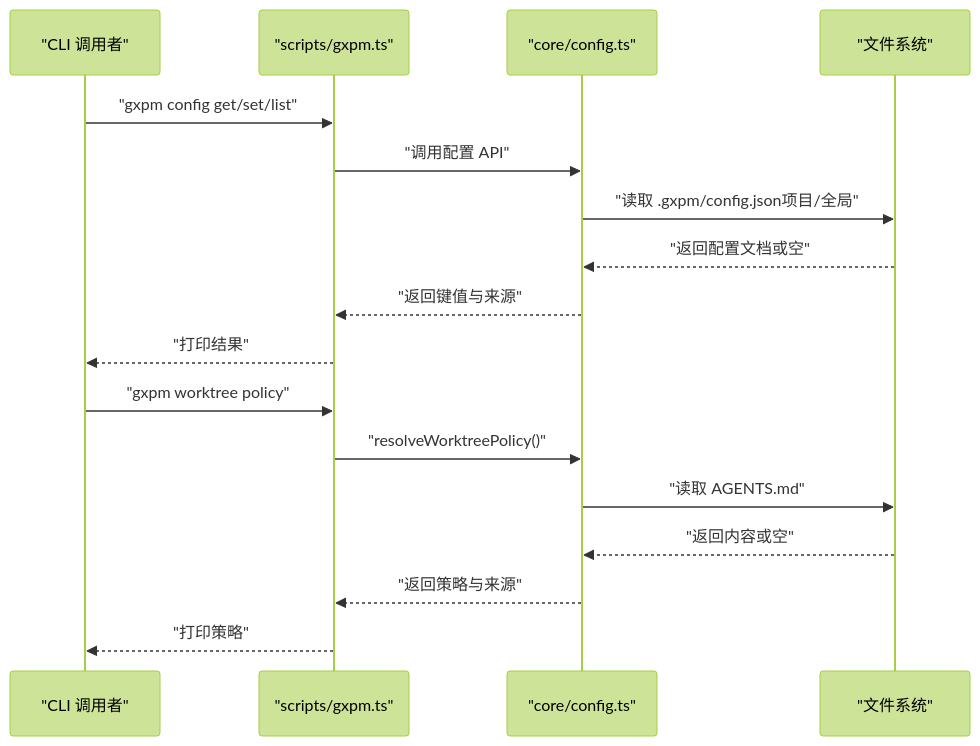
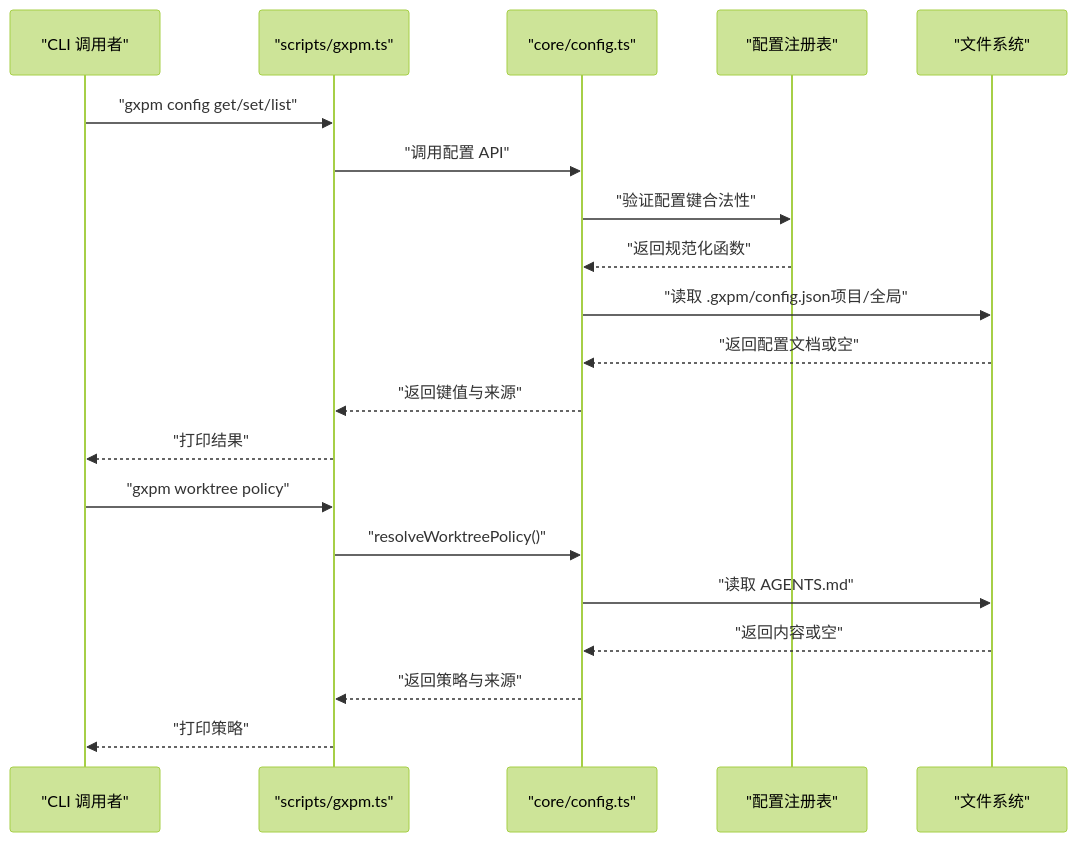
One commit to laozhong86/gxpm changed the second of 6 diagrams in .qoder/repowiki/zh/content/核心概念/配置系统.md. Above: the diagram before and after it, drawn with Mermaid (forest theme). The commit also changed other lines of this file and 8 other files, not shown here.

````diff
--- a/.qoder/repowiki/zh/content/核心概念/配置系统.md
+++ b/.qoder/repowiki/zh/content/核心概念/配置系统.md
@@ -105,19 +116,22 @@
 ```mermaid
 sequenceDiagram
 participant CLI as "CLI 调用者"
 participant GXPM as "scripts/gxpm.ts"
 participant CFG as "core/config.ts"
+participant REGISTRY as "配置注册表"
 participant FS as "文件系统"
 CLI->>GXPM : "gxpm config get/set/list"
 GXPM->>CFG : "调用配置 API"
+CFG->>REGISTRY : "验证配置键合法性"
+REGISTRY-->>CFG : "返回规范化函数"
 CFG->>FS : "读取 .gxpm/config.json项目/全局"
 FS-->>CFG : "返回配置文档或空"
 CFG-->>GXPM : "返回键值与来源"
 GXPM-->>CLI : "打印结果"
 CLI->>GXPM : "gxpm worktree policy"
 GXPM->>CFG : "resolveWorktreePolicy()"
 CFG->>FS : "读取 AGENTS.md"
 FS-->>CFG : "返回内容或空"
 CFG-->>GXPM : "返回策略与来源"
 GXPM-->>CLI : "打印策略"
 ```
````
